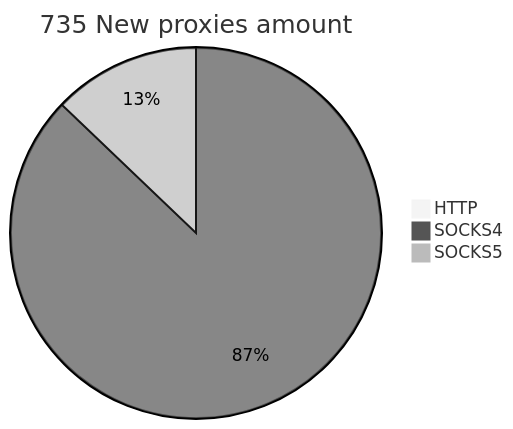
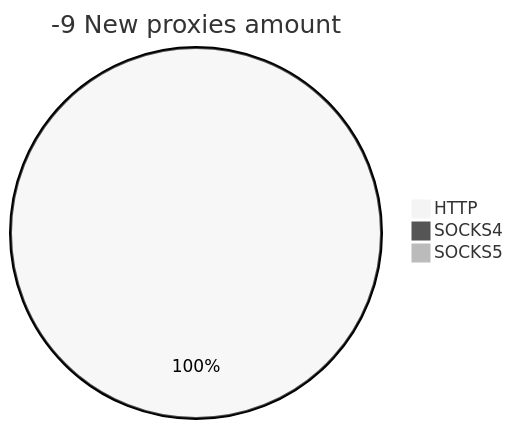
Before and after one commit to cutipu/proxylist: the second of 2 diagrams in README.md, drawn with Mermaid (neutral theme). The commit also changed other lines of this file, not shown here.

````diff
--- a/README.md
+++ b/README.md
@@ -10,6 +10,6 @@
 ```mermaid
-pie title 735 New proxies amount
-    "HTTP" : 0
-    "SOCKS4" : 644
-    "SOCKS5" : 95
+pie title -9 New proxies amount
+    "HTTP" : 25
+    "SOCKS4" : 0
+    "SOCKS5" : 0
 ```
````
